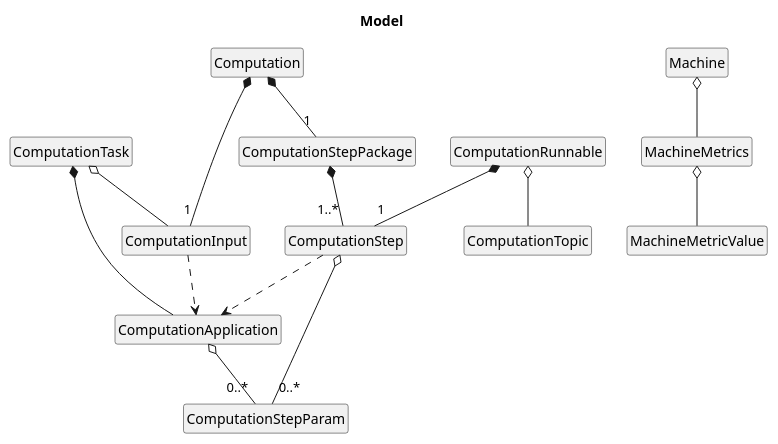
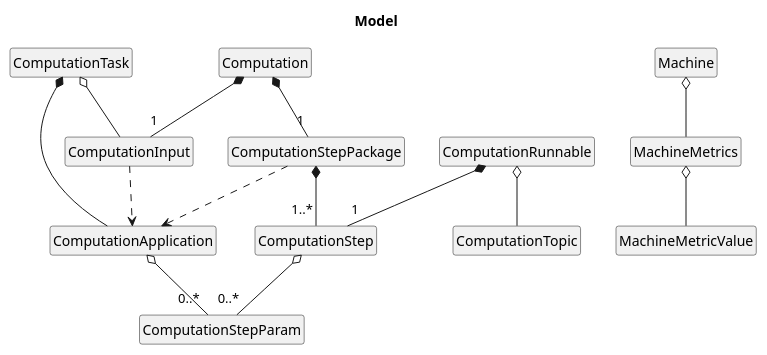
Before and after one commit to Plan-B-PO/docs: the diagram in model/entities.puml, drawn with PlantUML. The commit also changed 1 other file, not shown here.

Commit message:
Fix model diagram to match actual model

```diff
--- a/model/entities.puml
+++ b/model/entities.puml
@@ -1,34 +1,34 @@
 @startuml
     title Model
 
     hide class circle
     hide class fields
     hide class methods
 
     class ComputationTask
     class ComputationApplication
     class ComputationInput
     class ComputationStep
     class ComputationStepPackage
     class ComputationStepParam
     class ComputationRunnable
     class ComputationTopic
     class Computation
     class Machine
     class MachineMetrics
     class MachineMetricValue
 
     ComputationTask *-- ComputationApplication
     ComputationTask o-- ComputationInput
     ComputationApplication o-- "0..*" ComputationStepParam
     ComputationInput ..> ComputationApplication
     ComputationStepPackage *-- "1..*" ComputationStep
+    ComputationStepPackage ..> ComputationApplication
     ComputationStep o-- "0..*" ComputationStepParam
-    ComputationStep ..> ComputationApplication
     ComputationRunnable *-- "1" ComputationStep
     ComputationRunnable o-- ComputationTopic
     Computation *-- "1"ComputationStepPackage
     Computation *-- "1" ComputationInput
     Machine o-- MachineMetrics
     MachineMetrics o-- MachineMetricValue
 @enduml
```
